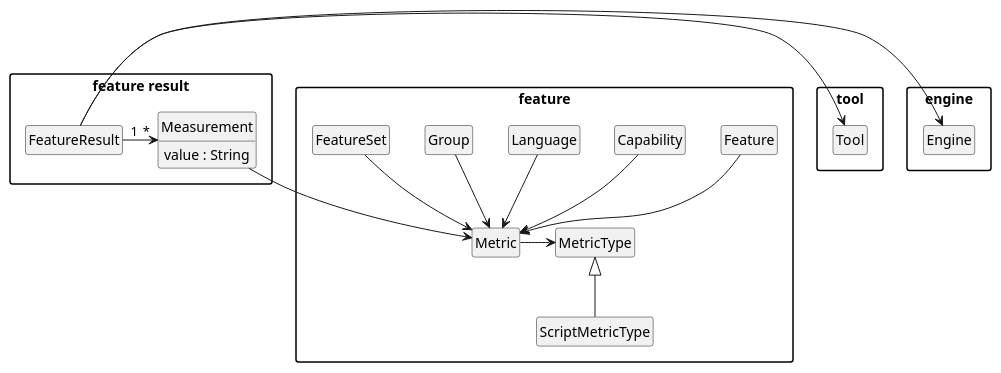
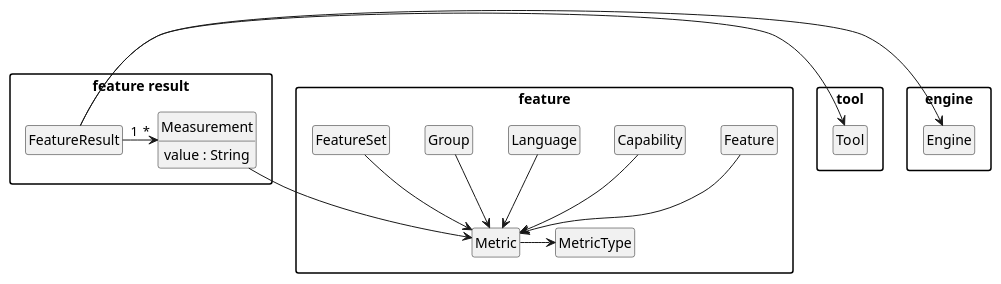
One commit to uniba-dsg/betsy changed the diagram in pebl/doc/result-feature-result.puml. Above: the diagram before and after it, drawn with PlantUML. The commit also changed 2 other files, not shown here.

```diff
--- a/pebl/doc/result-feature-result.puml
+++ b/pebl/doc/result-feature-result.puml
@@ -1,50 +1,48 @@
 @startuml
 
 package "engine" {
   class Engine
 }
 package "tool" {
   class Tool
 }
 package "feature result" {
   class FeatureResult
   class Measurement {
     value : String
   }
 
   FeatureResult "1"->"*" Measurement
   FeatureResult -> Tool
   FeatureResult -> Engine
 }
 
 package "feature" {
 
 	class Metric
-	class MetricType
-	class ScriptMetricType extends MetricType
 
 	class Feature
 	class Capability
     	class Language
     	class Group
     	class FeatureSet
 
 	Feature --> Metric
 	Capability --> Metric
 	Language --> Metric
 	Group --> Metric
 	FeatureSet --> Metric
 
 	Metric -right-> MetricType
 }
 
 Measurement --> Metric
 
 hide empty members
 hide empty methods
 hide circle
 
 skinparam monochrome true
 skinparam shadowing false
 skinparam packageStyle rect
 @enduml
```
